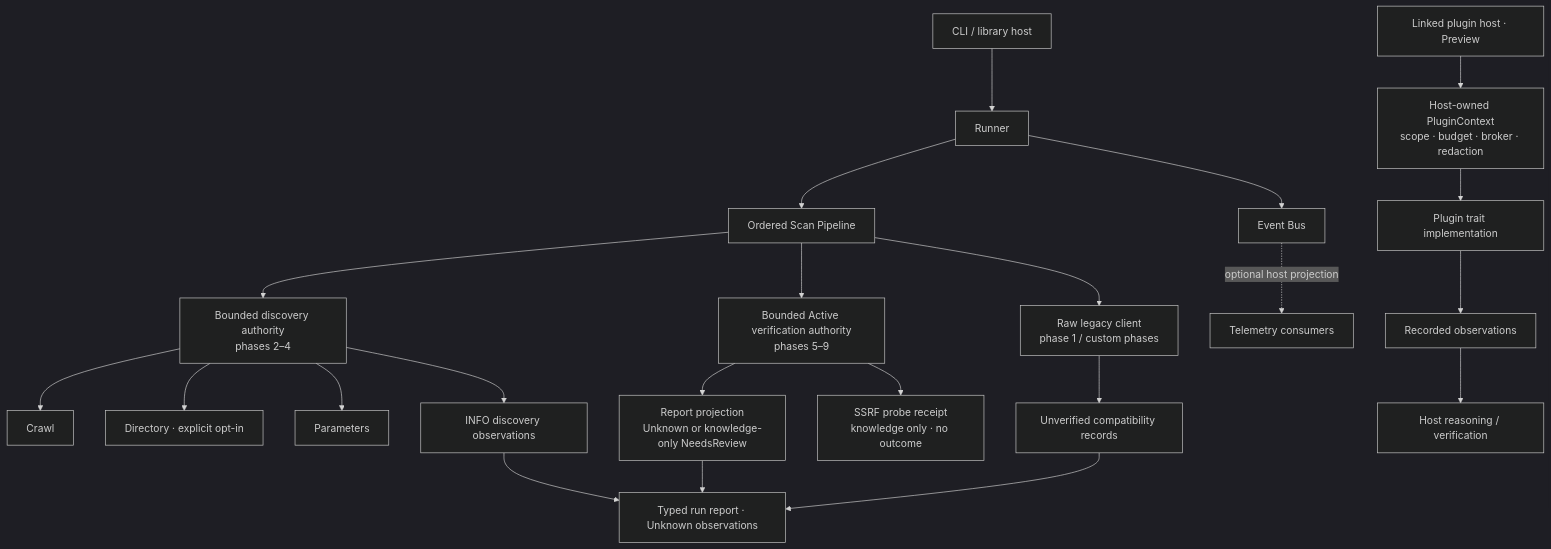
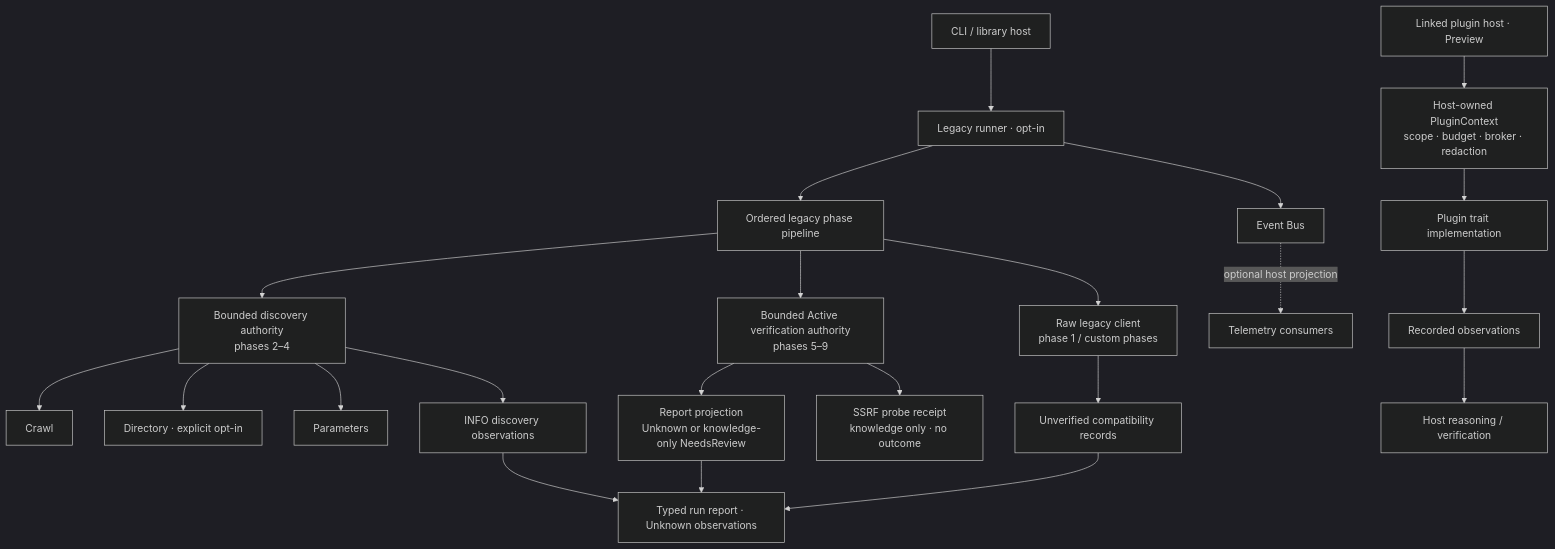
One commit to ITherso/termivar changed the second of 4 diagrams in docs/architecture.md. Above: the diagram before and after it, drawn with Mermaid (dark theme). The commit also changed other lines of this file and 153 other files, not shown here.

````diff
--- a/docs/architecture.md
+++ b/docs/architecture.md
@@ -45,24 +51,24 @@
 ```mermaid
 flowchart TD
-    Host["CLI / library host"] --> Runner
-    Runner --> Pipeline["Ordered Scan Pipeline"]
+    Host["CLI / library host"] --> LegacyRunner["Legacy runner · opt-in"]
+    LegacyRunner --> Pipeline["Ordered legacy phase pipeline"]
     Pipeline --> Discovery["Bounded discovery authority<br/>phases 2–4"]
     Discovery --> Crawl
     Discovery --> Directory["Directory · explicit opt-in"]
     Discovery --> Parameters
     Pipeline --> Verification["Bounded Active verification authority<br/>phases 5–9"]
     Pipeline --> RawLegacy["Raw legacy client<br/>phase 1 / custom phases"]
     Discovery --> DiscoveryRecords["INFO discovery observations"]
     Verification --> ReviewRecords["Report projection<br/>Unknown or knowledge-only NeedsReview"]
     Verification --> KnowledgeReceipt["SSRF probe receipt<br/>knowledge only · no outcome"]
     RawLegacy --> LegacyRecords["Unverified compatibility records"]
     DiscoveryRecords --> RunReport["Typed run report · Unknown observations"]
     ReviewRecords --> RunReport
     LegacyRecords --> RunReport
     PluginHost["Linked plugin host · Preview"] --> PluginContext["Host-owned PluginContext<br/>scope · budget · broker · redaction"]
     PluginContext --> PluginCode["Plugin trait implementation"]
     PluginCode --> PluginEvidence["Recorded observations"]
     PluginEvidence --> HostVerification["Host reasoning / verification"]
-    Runner --> Events["Event Bus"]
+    LegacyRunner --> Events["Event Bus"]
     Events -. "optional host projection" .-> Observers["Telemetry consumers"]
 ```
````
